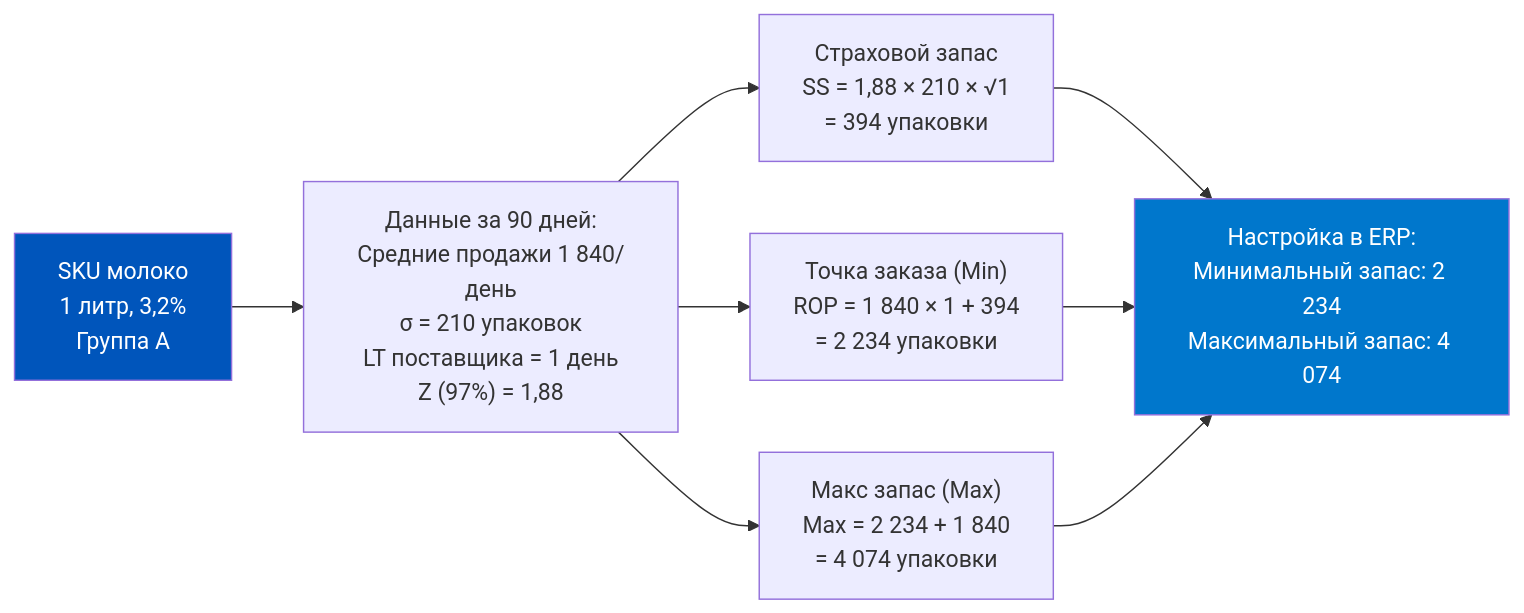
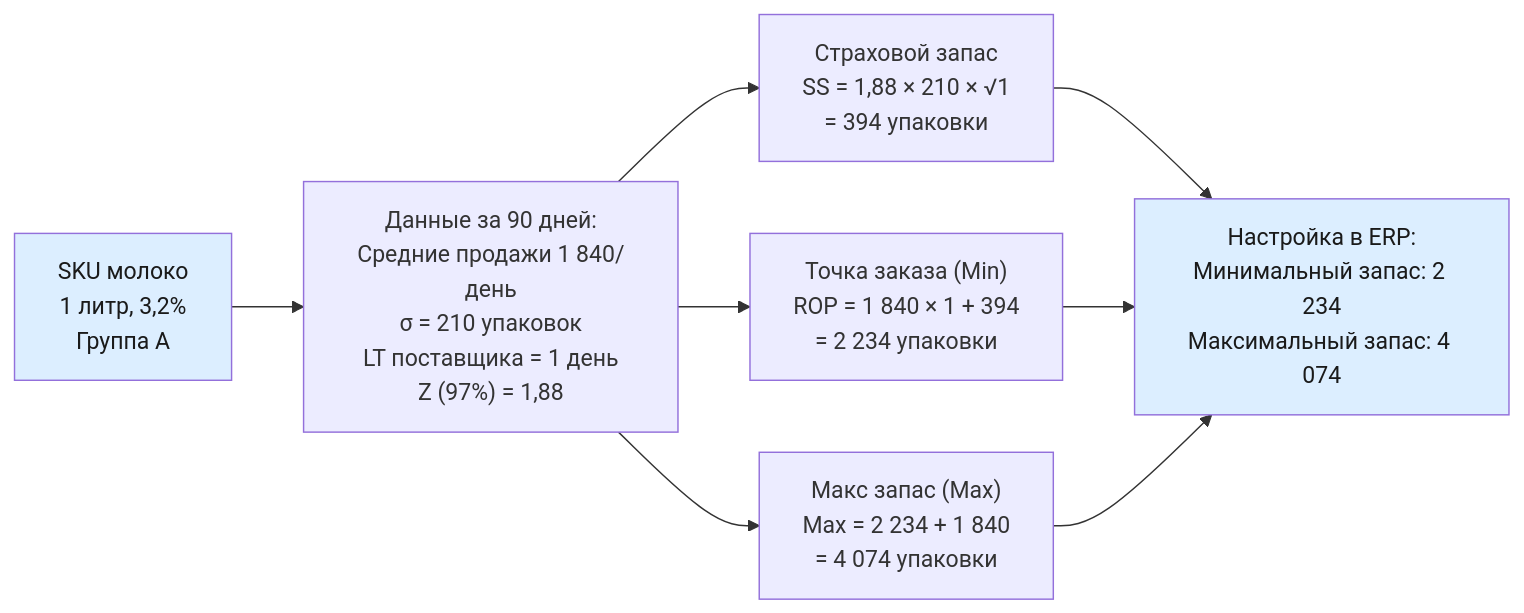
Before and after one commit to murad1986/1c-erp-quartz: the fifth of 5 diagrams in content/1c-erp/week_3/Неделя 3 - День 6 - Практикум умная дозакупка.md, drawn with Mermaid. The commit also changed other lines of this file and 57 other files, not shown here.

First line of the commit message:
fix: Mermaid — пастельные цвета в источниках диаграмм (56 файлов)

````diff
--- a/content/1c-erp/week_3/Неделя 3 - День 6 - Практикум умная дозакупка.md
+++ b/content/1c-erp/week_3/Неделя 3 - День 6 - Практикум умная дозакупка.md
@@ -456,13 +456,13 @@
 ```mermaid
 flowchart LR
     A["SKU молоко<br/>1 литр, 3,2%<br/>Группа A"] --> B["Данные за 90 дней:<br/>Средние продажи 1 840/день<br/>σ = 210 упаковок<br/>LT поставщика = 1 день<br/>Z (97%) = 1,88"]
     B --> C["Страховой запас<br/>SS = 1,88 × 210 × √1<br/>= 394 упаковки"]
     B --> D["Точка заказа (Min)<br/>ROP = 1 840 × 1 + 394<br/>= 2 234 упаковки"]
     B --> E["Макс запас (Max)<br/>Max = 2 234 + 1 840<br/>= 4 074 упаковки"]
     C --> F["Настройка в ERP:<br/>Минимальный запас: 2 234<br/>Максимальный запас: 4 074"]
     D --> F
     E --> F
 
-    style A fill:#0055BB,color:#fff
-    style F fill:#0077CC,color:#fff
+    style A fill:#dceeff,color:#1a1a1a
+    style F fill:#dceeff,color:#1a1a1a
 ```
````
